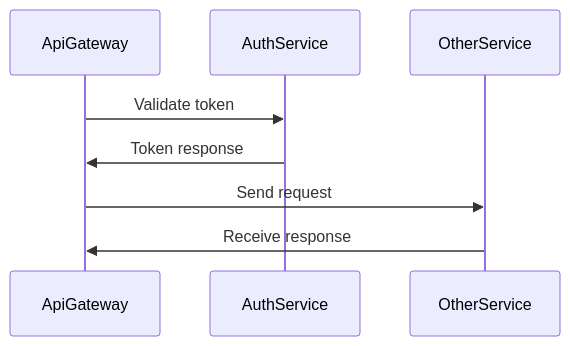
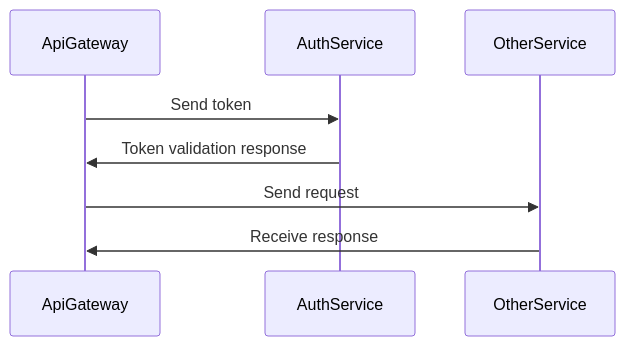
Before and after one commit to zyxsz/jg-tech-challenge: the second of 3 diagrams in README.md, drawn with Mermaid. The commit also changed other lines of this file and 8 other files, not shown here.

````diff
--- a/README.md
+++ b/README.md
@@ -54,10 +59,10 @@
 ```mermaid
 sequenceDiagram
     participant ApiGateway
     participant AuthService
     participant OtherService
-    ApiGateway->>AuthService: Validate token
-    AuthService->>ApiGateway: Token response
+    ApiGateway->>AuthService: Send token
+    AuthService->>ApiGateway: Token validation response
     ApiGateway->>OtherService: Send request
     OtherService->>ApiGateway: Receive response
 ```
````
